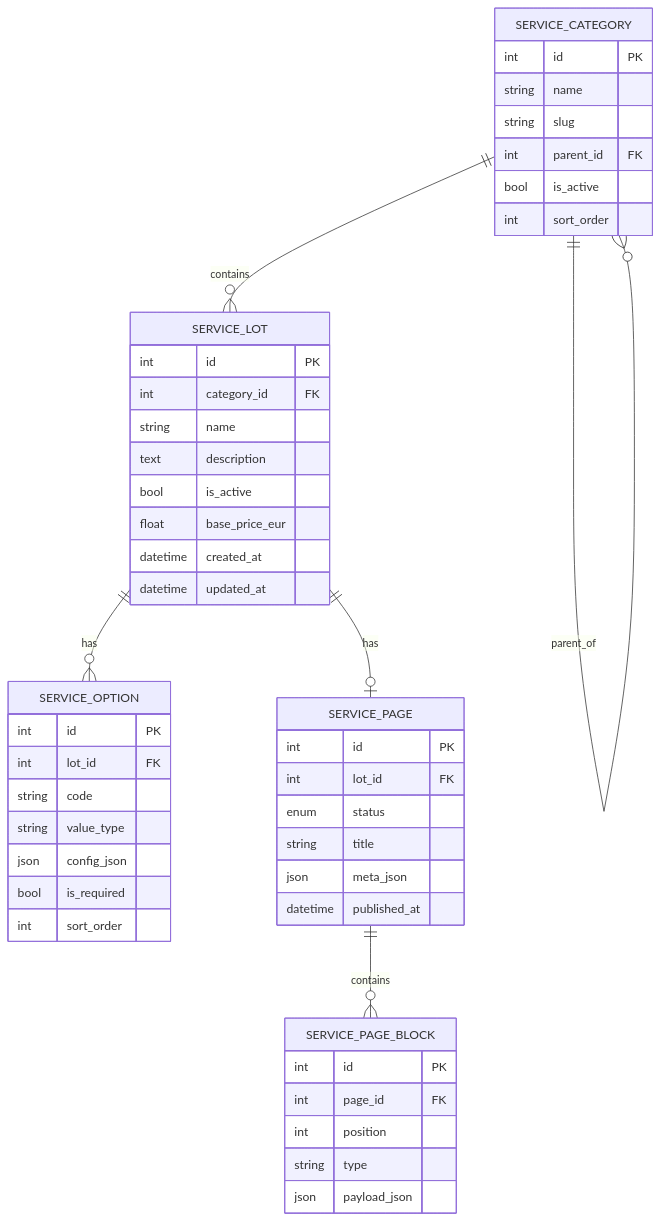
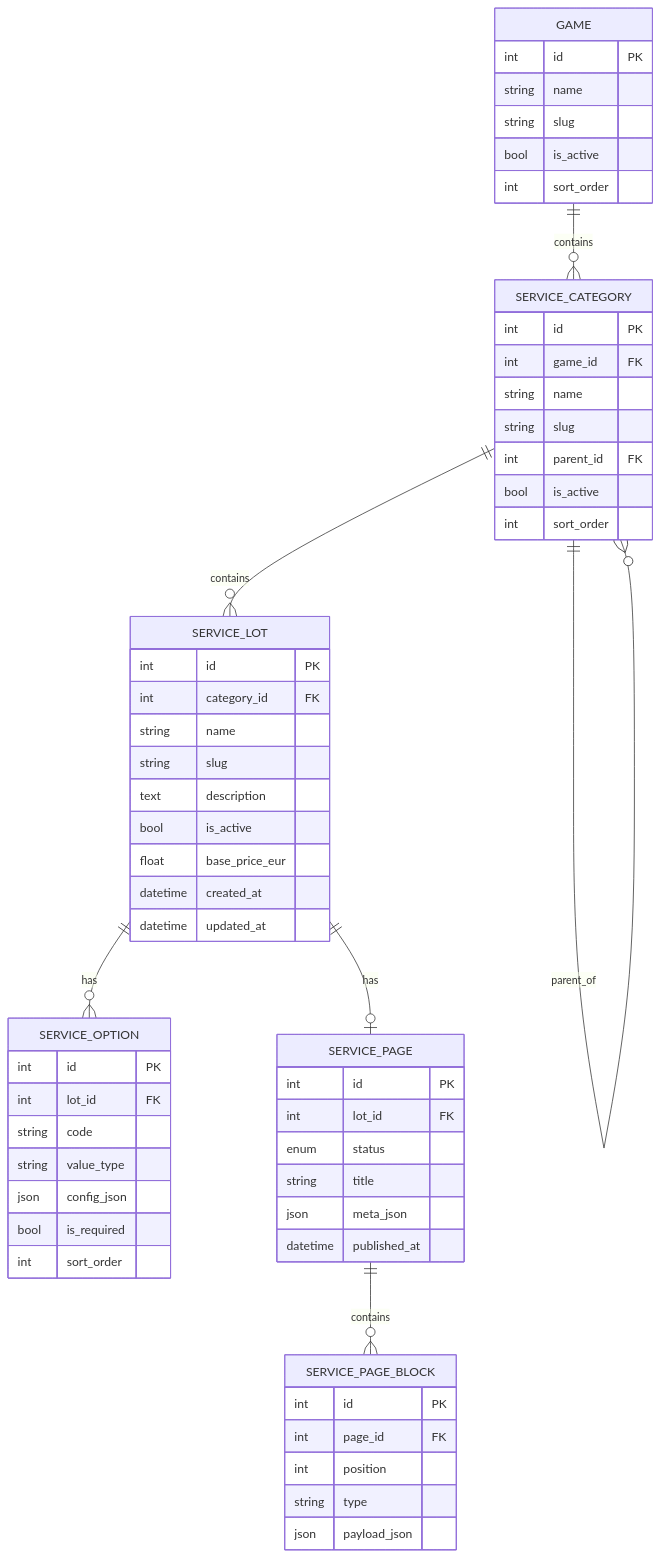
One commit to LogicNotHere/wow changed the third of 6 diagrams in README.md. Above: the diagram before and after it, drawn with Mermaid. The commit also changed other lines of this file, not shown here.

````diff
--- a/README.md
+++ b/README.md
@@ -309,55 +321,66 @@
 ```mermaid
 erDiagram
+    GAME ||--o{ SERVICE_CATEGORY : contains
     SERVICE_CATEGORY ||--o{ SERVICE_CATEGORY : parent_of
     SERVICE_CATEGORY ||--o{ SERVICE_LOT : contains
     SERVICE_LOT ||--o{ SERVICE_OPTION : has
     SERVICE_LOT ||--o| SERVICE_PAGE : has
     SERVICE_PAGE ||--o{ SERVICE_PAGE_BLOCK : contains
 
+    GAME {
+        int id PK
+        string name
+        string slug
+        bool is_active
+        int sort_order
+    }
+
     SERVICE_CATEGORY {
         int id PK
+        int game_id FK
         string name
         string slug
         int parent_id FK
         bool is_active
         int sort_order
     }
 
     SERVICE_LOT {
         int id PK
         int category_id FK
         string name
+        string slug
         text description
         bool is_active
         float base_price_eur
         datetime created_at
         datetime updated_at
     }
 
     SERVICE_OPTION {
         int id PK
         int lot_id FK
         string code
         string value_type
         json config_json
         bool is_required
         int sort_order
     }
 
     SERVICE_PAGE {
         int id PK
         int lot_id FK
         enum status
         string title
         json meta_json
         datetime published_at
     }
 
     SERVICE_PAGE_BLOCK {
         int id PK
         int page_id FK
         int position
         string type
         json payload_json
     }
 ```
````
